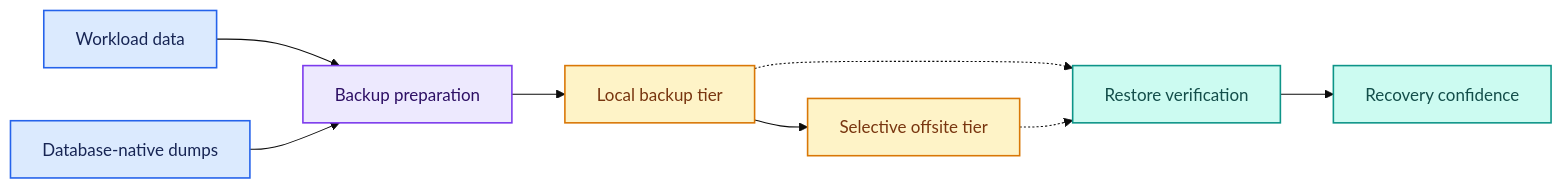
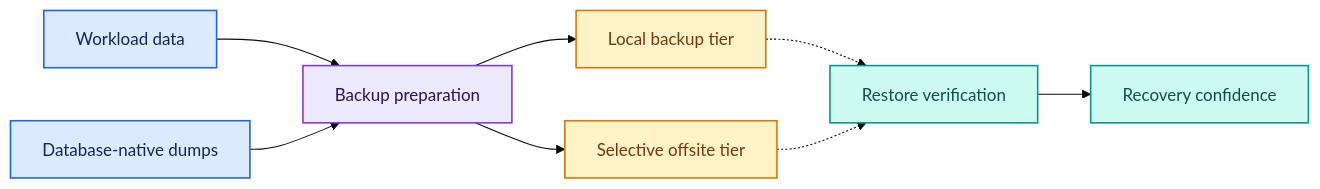
One commit to dorko87/homelab-infrastructure changed the diagram in reliability/disaster-recovery.md. Above: the diagram before and after it, drawn with Mermaid (base theme). The commit also changed other lines of this file and 36 other files, not shown here.

````diff
--- a/reliability/disaster-recovery.md
+++ b/reliability/disaster-recovery.md
@@ -13,19 +13,19 @@
 ```mermaid
 flowchart LR
     A["Workload data"] --> B["Backup preparation"]
     C["Database-native dumps"] --> B
     B --> D["Local backup tier"]
-    D --> E["Selective offsite tier"]
+    B --> E["Selective offsite tier"]
     D -.-> F["Restore verification"]
     E -.-> F
     F --> G["Recovery confidence"]
     class A,C source;
     class B control;
     class D,E recovery;
     class F,G runtime;
     classDef source fill:#DBEAFE,stroke:#2563EB,color:#172554,stroke-width:1.5px;
     classDef control fill:#EDE9FE,stroke:#7C3AED,color:#2E1065,stroke-width:1.5px;
     classDef runtime fill:#CCFBF1,stroke:#0D9488,color:#134E4A,stroke-width:1.5px;
     classDef recovery fill:#FEF3C7,stroke:#D97706,color:#78350F,stroke-width:1.5px;
     classDef caution fill:#FEE2E2,stroke:#DC2626,color:#7F1D1D,stroke-width:1.5px;
 ```
````
